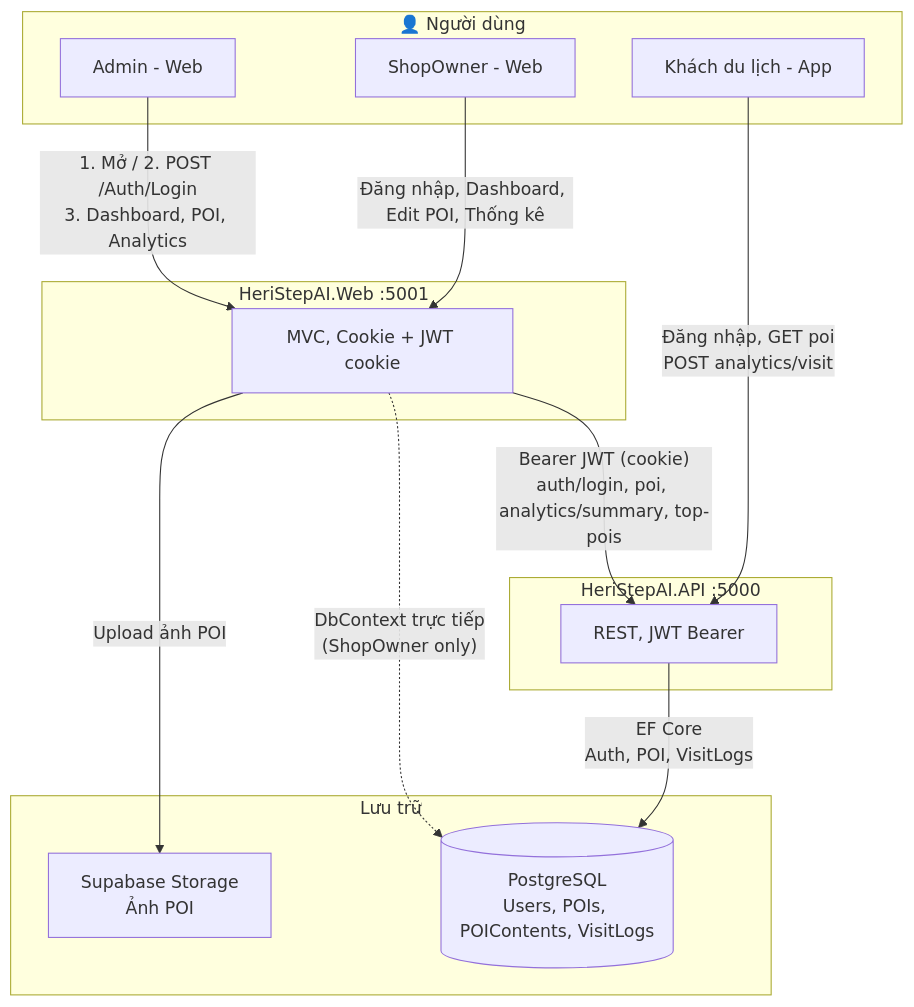
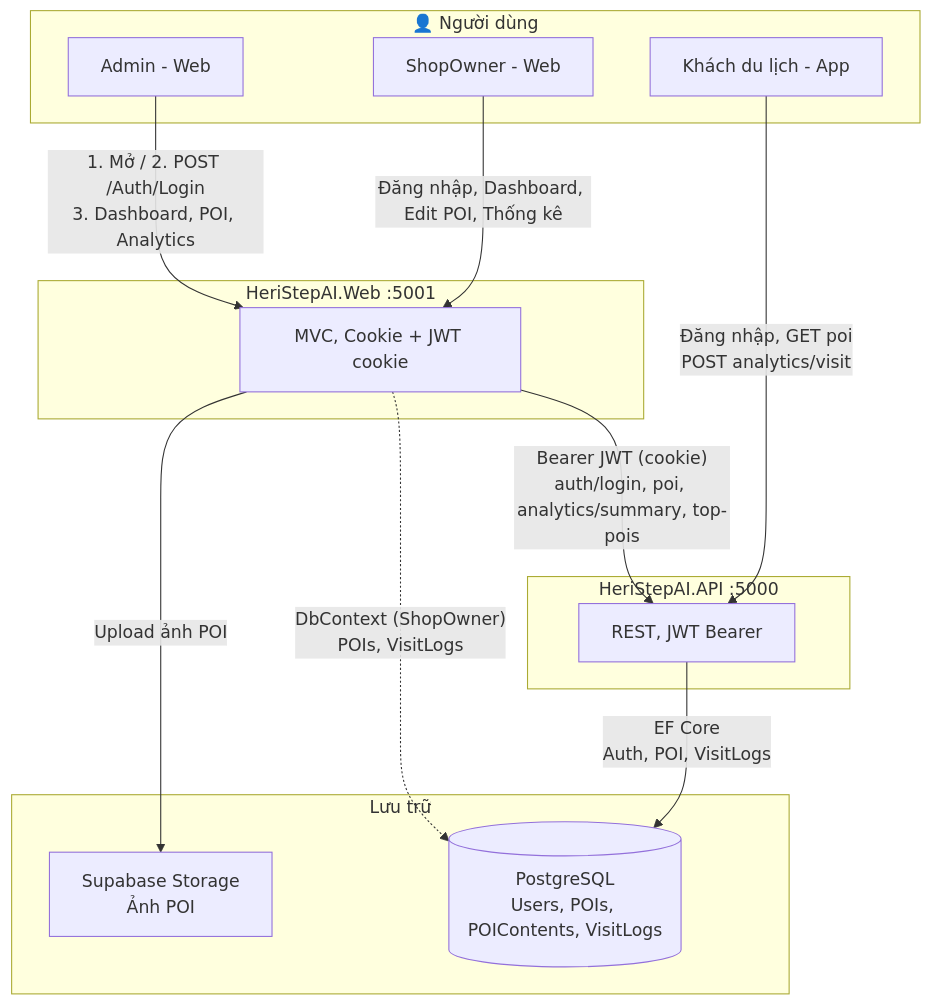
One commit to KhanhChung2k5/k_tour changed the third of 12 diagrams in docs/PRODUCT_REQUIREMENTS.md. Above: the diagram before and after it, drawn with Mermaid. The commit also changed other lines of this file, not shown here.

````diff
--- a/docs/PRODUCT_REQUIREMENTS.md
+++ b/docs/PRODUCT_REQUIREMENTS.md
@@ -209,30 +391,30 @@
 ```mermaid
 flowchart TB
     subgraph Users["👤 Người dùng"]
         A[Admin - Web]
         S[ShopOwner - Web]
         U[Khách du lịch - App]
     end
 
     subgraph Web["HeriStepAI.Web :5001"]
         W[MVC, Cookie + JWT cookie]
     end
 
     subgraph API["HeriStepAI.API :5000"]
         AP[REST, JWT Bearer]
     end
 
     subgraph Storage["Lưu trữ"]
-        DB[(PostgreSQL\nUsers, POIs, POIContents, VisitLogs)]
-        SUP[Supabase Storage\nẢnh POI]
+        DB[(PostgreSQL<br/>Users, POIs, POIContents, VisitLogs)]
+        SUP[Supabase Storage<br/>Ảnh POI]
     end
 
-    A -->|"1. Mở / 2. POST /Auth/Login\n3. Dashboard, POI, Analytics"| W
+    A -->|"1. Mở / 2. POST /Auth/Login<br/>3. Dashboard, POI, Analytics"| W
     S -->|"Đăng nhập, Dashboard, Edit POI, Thống kê"| W
-    U -->|"Đăng nhập, GET poi\nPOST analytics/visit"| AP
+    U -->|"Đăng nhập, GET poi<br/>POST analytics/visit"| AP
 
-    W -->|"Bearer JWT (cookie)\nauth/login, poi, analytics/summary, top-pois"| AP
-    W -.->|"DbContext trực tiếp\n(ShopOwner only)"| DB
+    W -->|"Bearer JWT (cookie)<br/>auth/login, poi, analytics/summary, top-pois"| AP
+    W -.->|"DbContext (ShopOwner)<br/>POIs, VisitLogs"| DB
     W -->|"Upload ảnh POI"| SUP
-    AP -->|"EF Core\nAuth, POI, VisitLogs"| DB
+    AP -->|"EF Core<br/>Auth, POI, VisitLogs"| DB
 ```
````
